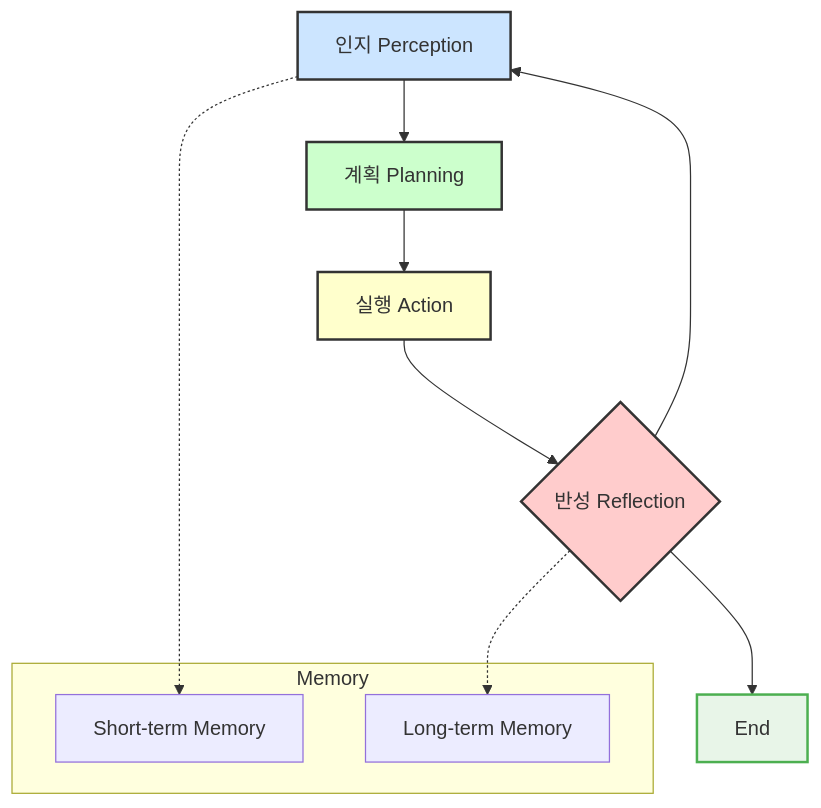
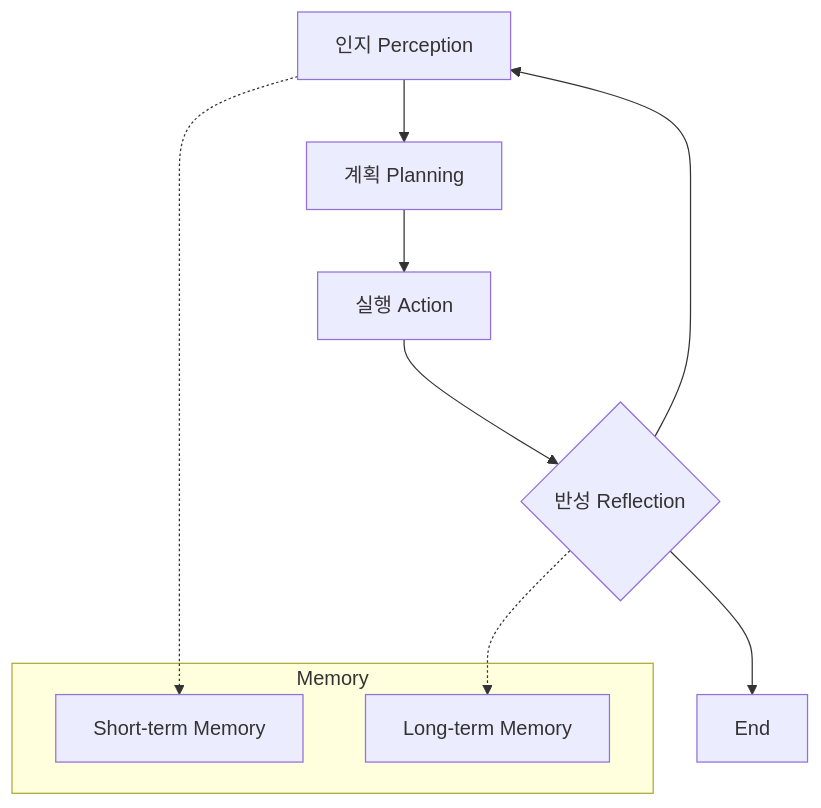
The diagram in docs/5-agentic-ai/5-1-핵심-개념/agent-lifecycle.md (harimkang/ai-engineer-guide), drawn with Mermaid before and after one commit. The commit also changed 45 other files, not shown here.

````diff
--- a/docs/5-agentic-ai/5-1-핵심-개념/agent-lifecycle.md
+++ b/docs/5-agentic-ai/5-1-핵심-개념/agent-lifecycle.md
@@ -20,22 +20,16 @@
 ```mermaid
 graph TD
     A[인지 Perception] --> B[계획 Planning]
     B --> C[실행 Action]
     C --> D{반성 Reflection}
     D --> A
     D --> E[End]
 
     subgraph "Memory"
         M1[Short-term Memory]
         M2[Long-term Memory]
     end
 
     A -.-> M1
     D -.-> M2
-
-    style A fill:#cce5ff,stroke:#333,stroke-width:2px
-    style B fill:#ccffcc,stroke:#333,stroke-width:2px
-    style C fill:#ffffcc,stroke:#333,stroke-width:2px
-    style D fill:#ffcccc,stroke:#333,stroke-width:2px
-    style E fill:#e8f5e8,stroke:#4caf50,stroke-width:2px
 ```
````
